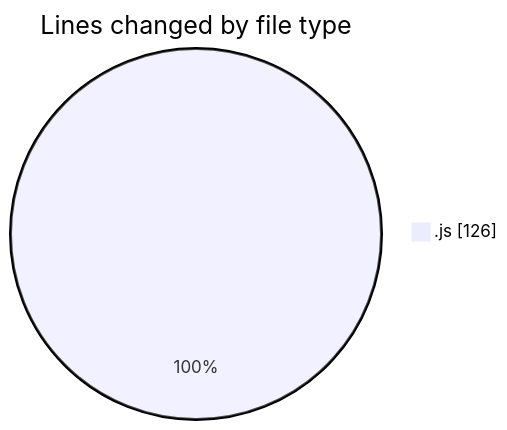
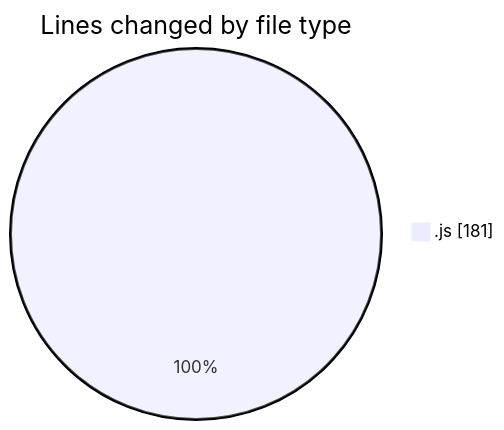
One commit to momahboobian/code-tracking changed the first of 2 diagrams in 2025-08-12/cda/README.md. Above: the diagram before and after it, drawn with Mermaid. The commit also changed other lines of this file and 1 other file, not shown here.

````diff
--- a/2025-08-12/cda/README.md
+++ b/2025-08-12/cda/README.md
@@ -23,5 +24,5 @@
 ```mermaid
 pie showData
 title Lines changed by file type
-".js" : 126
+".js" : 181
 ```
````
